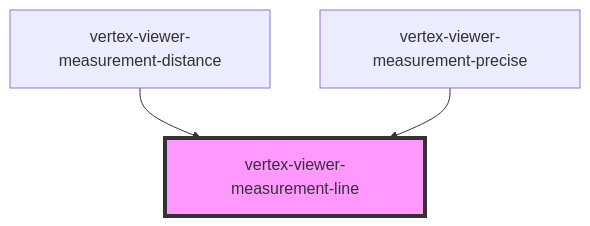
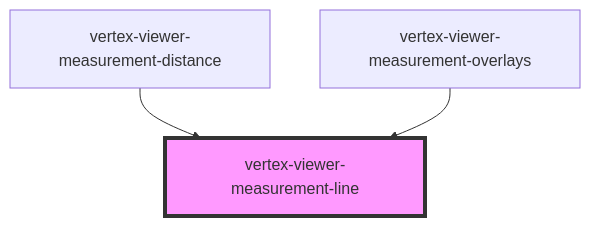
The diagram in packages/viewer/src/components/viewer-measurement-line/readme.md (Vertexvis/vertex-web-sdk), drawn with Mermaid before and after one commit. The commit also changed other lines of this file and 12 other files, not shown here.

````diff
--- a/packages/viewer/src/components/viewer-measurement-line/readme.md
+++ b/packages/viewer/src/components/viewer-measurement-line/readme.md
@@ -39,6 +39,6 @@
 ```mermaid
 graph TD;
   vertex-viewer-measurement-distance --> vertex-viewer-measurement-line
-  vertex-viewer-measurement-precise --> vertex-viewer-measurement-line
+  vertex-viewer-measurement-overlays --> vertex-viewer-measurement-line
   style vertex-viewer-measurement-line fill:#f9f,stroke:#333,stroke-width:4px
 ```
````
